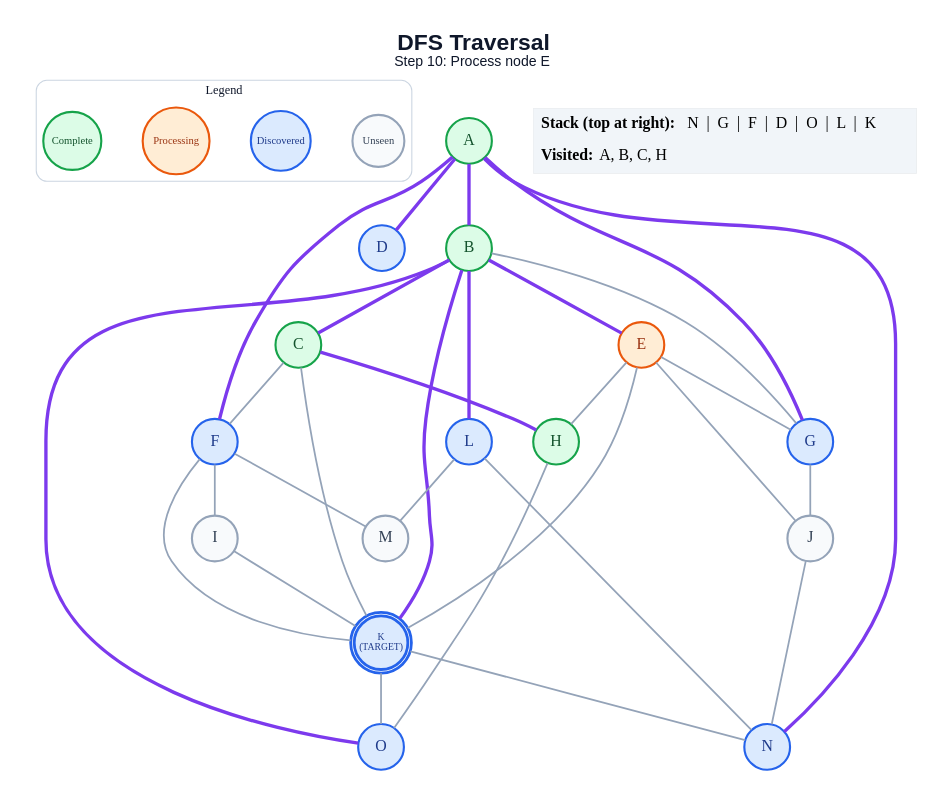
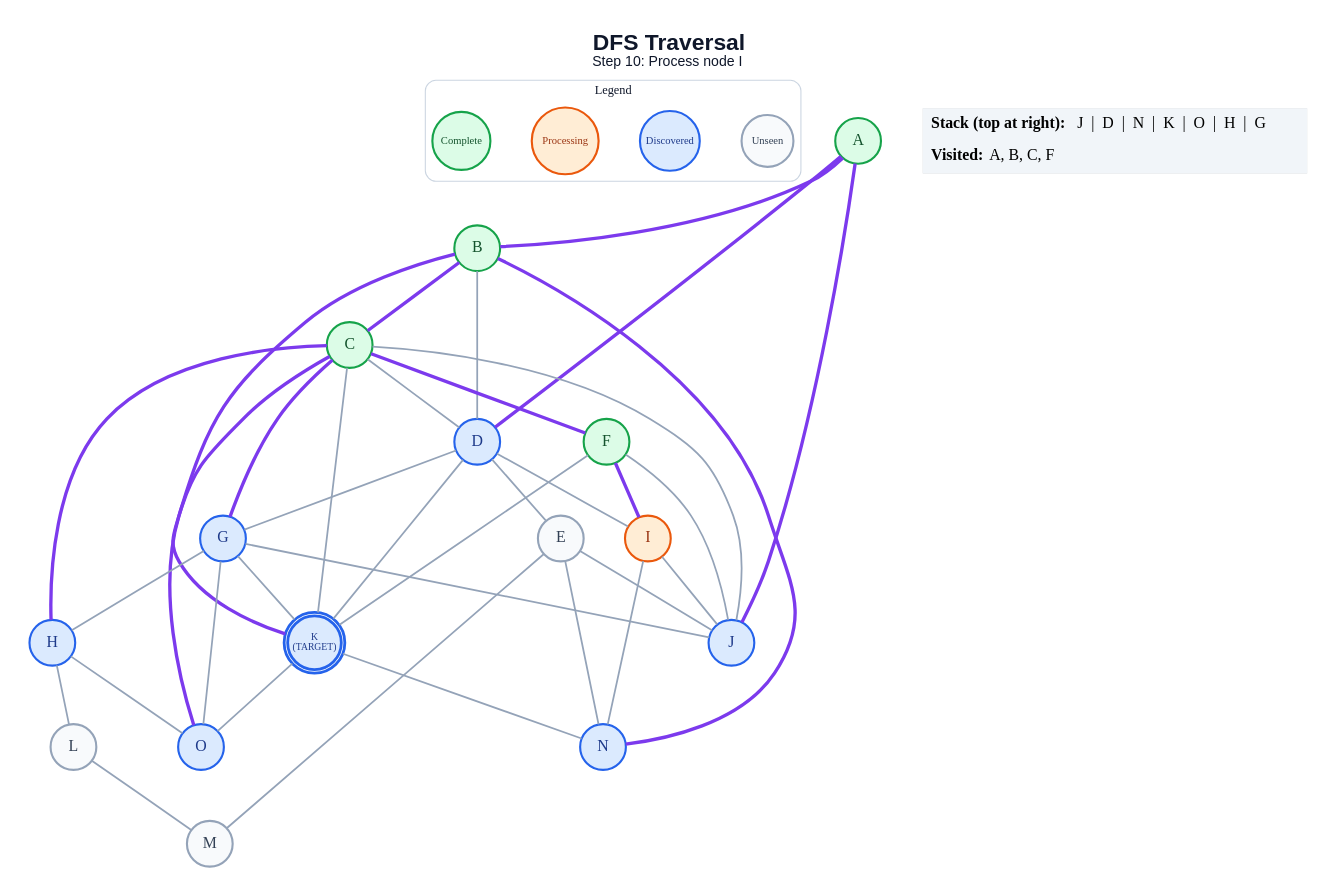
The diagram in generated/dfs/step_10.dot (anon7238593-create/ai-slop), drawn with Graphviz before and after one commit. The commit also changed 213 other files, not shown here.

```diff
--- a/generated/dfs/step_10.dot
+++ b/generated/dfs/step_10.dot
@@ -1,63 +1,69 @@
 graph traversal {
   graph [layout=dot, rankdir=TB, bgcolor="#FFFFFF", pad="0.35", nodesep="0.65", ranksep="0.8", fontname="Arial"];
   node [shape=circle, style="filled", fontname="Arial Bold", fontsize=18, width=0.72, fixedsize=true, penwidth=2.4];
   edge [color="#94A3B8", penwidth=2.0];
-  label=<<B>DFS Traversal</B><BR/><FONT POINT-SIZE="16">Step 10: Process node E</FONT>>; labelloc="t"; fontsize=26; fontname="Arial"; fontcolor="#0F172A";
+  label=<<B>DFS Traversal</B><BR/><FONT POINT-SIZE="16">Step 10: Process node I</FONT>>; labelloc="t"; fontsize=26; fontname="Arial"; fontcolor="#0F172A";
   subgraph cluster_legend { label="Legend"; color="#CBD5E1"; penwidth=1.2; style="rounded"; fontsize=14; fontname="Arial Bold";
     key_unseen [label="Unseen", fillcolor="#F8FAFC", color="#94A3B8", fontcolor="#334155", fontsize=12, width=0.82];
     key_frontier [label="Discovered", fillcolor="#DBEAFE", color="#2563EB", fontcolor="#1E3A8A", fontsize=12, width=0.95];
     key_current [label="Processing", fillcolor="#FFEDD5", color="#EA580C", fontcolor="#9A3412", fontsize=12, width=1.05];
     key_done [label="Complete", fillcolor="#DCFCE7", color="#16A34A", fontcolor="#14532D", fontsize=12, width=0.92];
     { rank=same; key_unseen; key_frontier; key_current; key_done; }
   }
   A [label="A", fillcolor="#DCFCE7", color="#16A34A", fontcolor="#14532D", peripheries=1, penwidth=2.4];
   B [label="B", fillcolor="#DCFCE7", color="#16A34A", fontcolor="#14532D", peripheries=1, penwidth=2.4];
   C [label="C", fillcolor="#DCFCE7", color="#16A34A", fontcolor="#14532D", peripheries=1, penwidth=2.4];
   D [label="D", fillcolor="#DBEAFE", color="#2563EB", fontcolor="#1E3A8A", peripheries=1, penwidth=2.4];
-  E [label="E", fillcolor="#FFEDD5", color="#EA580C", fontcolor="#9A3412", peripheries=1, penwidth=2.4];
-  F [label="F", fillcolor="#DBEAFE", color="#2563EB", fontcolor="#1E3A8A", peripheries=1, penwidth=2.4];
+  E [label="E", fillcolor="#F8FAFC", color="#94A3B8", fontcolor="#334155", peripheries=1, penwidth=2.4];
+  F [label="F", fillcolor="#DCFCE7", color="#16A34A", fontcolor="#14532D", peripheries=1, penwidth=2.4];
   G [label="G", fillcolor="#DBEAFE", color="#2563EB", fontcolor="#1E3A8A", peripheries=1, penwidth=2.4];
-  H [label="H", fillcolor="#DCFCE7", color="#16A34A", fontcolor="#14532D", peripheries=1, penwidth=2.4];
-  I [label="I", fillcolor="#F8FAFC", color="#94A3B8", fontcolor="#334155", peripheries=1, penwidth=2.4];
-  J [label="J", fillcolor="#F8FAFC", color="#94A3B8", fontcolor="#334155", peripheries=1, penwidth=2.4];
+  H [label="H", fillcolor="#DBEAFE", color="#2563EB", fontcolor="#1E3A8A", peripheries=1, penwidth=2.4];
+  I [label="I", fillcolor="#FFEDD5", color="#EA580C", fontcolor="#9A3412", peripheries=1, penwidth=2.4];
+  J [label="J", fillcolor="#DBEAFE", color="#2563EB", fontcolor="#1E3A8A", peripheries=1, penwidth=2.4];
   K [label="K\n(TARGET)", fillcolor="#DBEAFE", color="#2563EB", fontcolor="#1E3A8A", peripheries=2, penwidth=3.2, fontsize=11, width=0.85, height=0.85];
-  L [label="L", fillcolor="#DBEAFE", color="#2563EB", fontcolor="#1E3A8A", peripheries=1, penwidth=2.4];
+  L [label="L", fillcolor="#F8FAFC", color="#94A3B8", fontcolor="#334155", peripheries=1, penwidth=2.4];
   M [label="M", fillcolor="#F8FAFC", color="#94A3B8", fontcolor="#334155", peripheries=1, penwidth=2.4];
   N [label="N", fillcolor="#DBEAFE", color="#2563EB", fontcolor="#1E3A8A", peripheries=1, penwidth=2.4];
   O [label="O", fillcolor="#DBEAFE", color="#2563EB", fontcolor="#1E3A8A", peripheries=1, penwidth=2.4];
   A -- B [color="#7C3AED", penwidth=3.8];
   A -- D [color="#7C3AED", penwidth=3.8];
-  A -- F [color="#7C3AED", penwidth=3.8];
-  A -- G [color="#7C3AED", penwidth=3.8];
-  A -- N [color="#7C3AED", penwidth=3.8];
+  A -- J [color="#7C3AED", penwidth=3.8];
   B -- C [color="#7C3AED", penwidth=3.8];
-  B -- E [color="#7C3AED", penwidth=3.8];
-  B -- G;
+  B -- D;
   B -- K [color="#7C3AED", penwidth=3.8];
-  B -- L [color="#7C3AED", penwidth=3.8];
-  B -- O [color="#7C3AED", penwidth=3.8];
-  C -- F;
+  B -- N [color="#7C3AED", penwidth=3.8];
+  C -- D;
+  C -- F [color="#7C3AED", penwidth=3.8];
+  C -- G [color="#7C3AED", penwidth=3.8];
   C -- H [color="#7C3AED", penwidth=3.8];
+  C -- J;
   C -- K;
-  E -- G;
-  E -- H;
+  C -- O [color="#7C3AED", penwidth=3.8];
+  D -- E;
+  D -- G;
+  D -- I;
+  D -- K;
   E -- J;
-  E -- K;
-  F -- I;
+  E -- M;
+  E -- N;
+  F -- I [color="#7C3AED", penwidth=3.8];
+  F -- J;
   F -- K;
-  F -- M;
+  G -- H;
   G -- J;
+  G -- K;
+  G -- O;
+  H -- L;
   H -- O;
-  I -- K;
-  J -- N;
+  I -- J;
+  I -- N;
   K -- N;
   K -- O;
   L -- M;
-  L -- N;
   status [shape=plain, fixedsize=false, width=0, height=0, margin=0, label=<
     <TABLE BORDER="0" CELLBORDER="0" CELLPADDING="7" BGCOLOR="#F1F5F9">
-      <TR><TD ALIGN="LEFT"><B>Stack (top at right):</B> N  |  G  |  F  |  D  |  O  |  L  |  K</TD></TR>
-      <TR><TD ALIGN="LEFT"><B>Visited:</B> A, B, C, H</TD></TR>
+      <TR><TD ALIGN="LEFT"><B>Stack (top at right):</B> J  |  D  |  N  |  K  |  O  |  H  |  G</TD></TR>
+      <TR><TD ALIGN="LEFT"><B>Visited:</B> A, B, C, F</TD></TR>
     </TABLE>
   >];
 }
```
